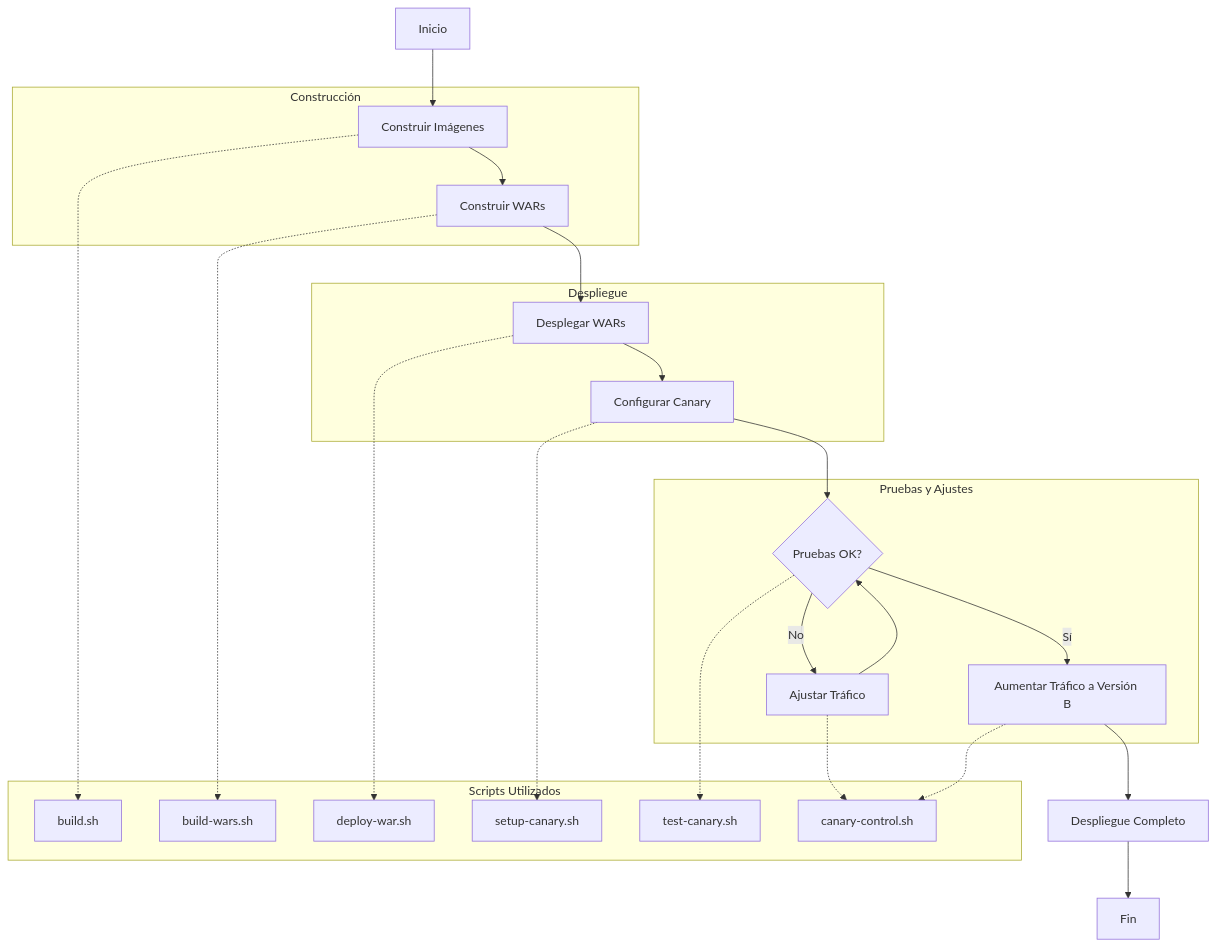
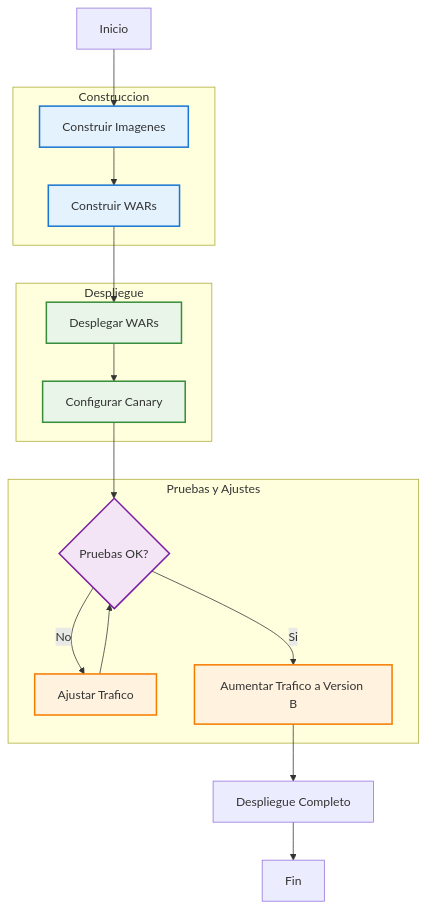
The first of 2 diagrams in docs/canary-flow.md (giovanemere/poc-icbs), drawn with Mermaid before and after one commit. The commit also changed other lines of this file and 19 other files, not shown here.

````diff
--- a/docs/canary-flow.md
+++ b/docs/canary-flow.md
@@ -3,48 +3,41 @@
 ```mermaid
 flowchart TD
-    Start[Inicio] --> BuildImages[Construir Imágenes]
+    Start[Inicio] --> BuildImages[Construir Imagenes]
     BuildImages --> BuildWars[Construir WARs]
     BuildWars --> DeployWars[Desplegar WARs]
     DeployWars --> SetupCanary[Configurar Canary]
     
     SetupCanary --> CanaryTest{Pruebas OK?}
-    CanaryTest -->|No| AdjustTraffic[Ajustar Tráfico]
+    CanaryTest -->|No| AdjustTraffic[Ajustar Trafico]
     AdjustTraffic --> CanaryTest
     
-    CanaryTest -->|Sí| IncreaseTraffic[Aumentar Tráfico a Versión B]
+    CanaryTest -->|Si| IncreaseTraffic[Aumentar Trafico a Version B]
     IncreaseTraffic --> FullDeployment[Despliegue Completo]
     FullDeployment --> End[Fin]
     
-    subgraph "Construcción"
+    subgraph "Construccion"
         BuildImages
         BuildWars
     end
     
     subgraph "Despliegue"
         DeployWars
         SetupCanary
     end
     
     subgraph "Pruebas y Ajustes"
         CanaryTest
         AdjustTraffic
         IncreaseTraffic
     end
     
-    subgraph "Scripts Utilizados"
-        Script1[build.sh]
-        Script2[build-wars.sh]
-        Script3[deploy-war.sh]
-        Script4[setup-canary.sh]
-        Script5[test-canary.sh]
-        Script6[canary-control.sh]
-    end
+    classDef build fill:#e3f2fd,stroke:#1976d2,stroke-width:2px
+    classDef deploy fill:#e8f5e8,stroke:#388e3c,stroke-width:2px
+    classDef test fill:#fff3e0,stroke:#f57c00,stroke-width:2px
+    classDef decision fill:#f3e5f5,stroke:#7b1fa2,stroke-width:2px
     
-    BuildImages -.-> Script1
-    BuildWars -.-> Script2
-    DeployWars -.-> Script3
-    SetupCanary -.-> Script4
-    CanaryTest -.-> Script5
-    AdjustTraffic -.-> Script6
-    IncreaseTraffic -.-> Script6
+    class BuildImages,BuildWars build
+    class DeployWars,SetupCanary deploy
+    class AdjustTraffic,IncreaseTraffic test
+    class CanaryTest decision
 ```
````
